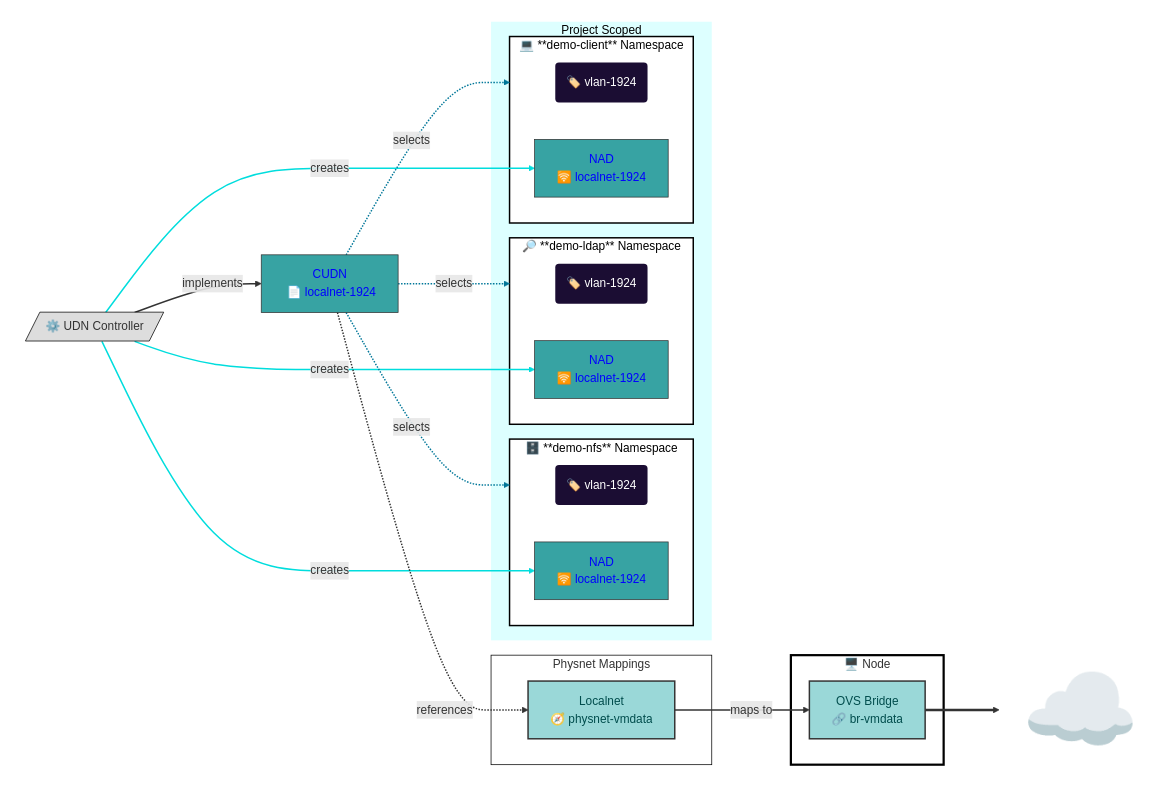
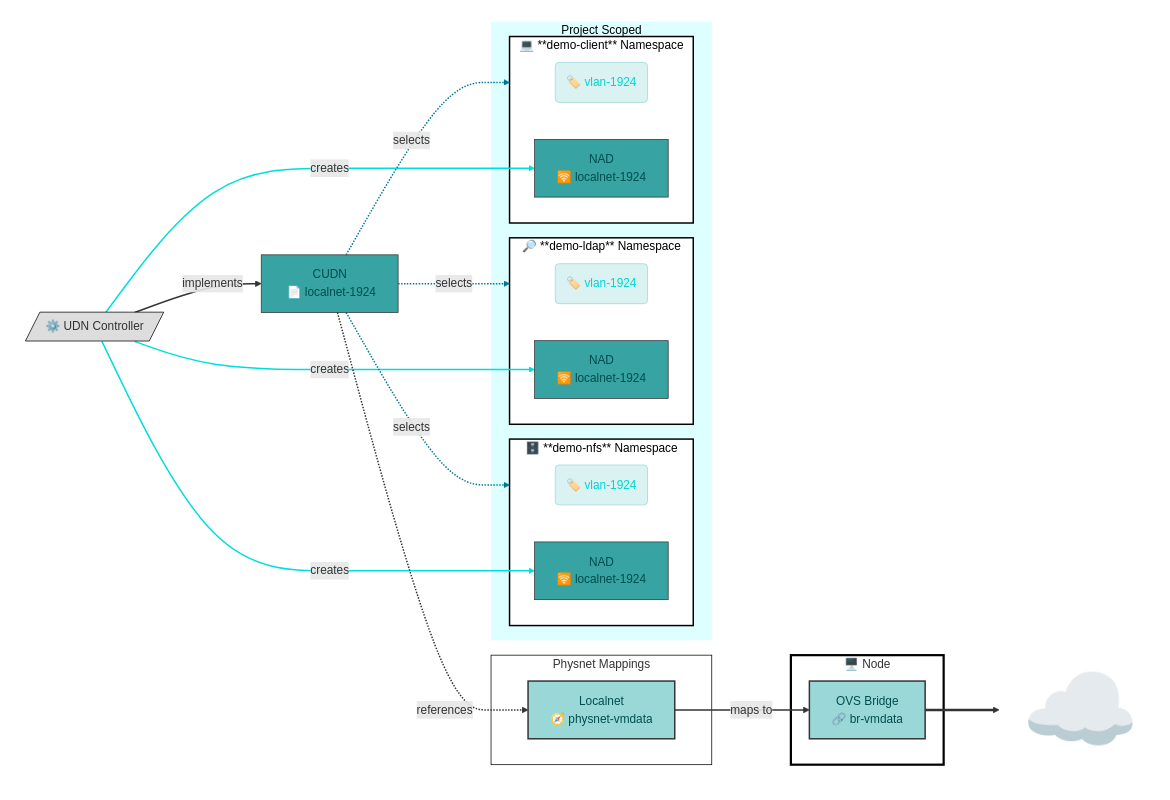
The fifth of 7 diagrams in README.md (dlbewley/demo-rhone-26), drawn with Mermaid before and after one commit. The commit also changed other lines of this file, not shown here.

Commit message:
label test

````diff
--- a/README.md
+++ b/README.md
@@ -229,75 +229,73 @@
 ```mermaid
 graph LR;
     subgraph Cluster[" "]
       udn-localnet-1924["CUDN<br>️ 📄 localnet-1924"]:::udn-localnet-1924
       udn-controller[/"⚙️ UDN Controller"/]
 
       subgraph Localnets["Physnet Mappings"]
         physnet-vmdata[Localnet<br> 🧭 physnet-vmdata]:::nad-1924;
       end
 
       subgraph Project["Project Scoped"]
         subgraph ns-nfs["🗄️ **demo-nfs** Namespace"]
           label-nfs("🏷️ vlan-1924"):::labels;
           nad-1924-nfs[NAD<br> 🛜 localnet-1924];
         end
 
         subgraph ns-ldap["🔎 **demo-ldap** Namespace"]
           label-ldap("🏷️ vlan-1924"):::labels;
           nad-1924-ldap[NAD<br> 🛜 localnet-1924]:::nad-1924;
         end
 
         subgraph ns-client["💻 **demo-client** Namespace"]
           label-client("🏷️ vlan-1924"):::labels;
           nad-1924-client[NAD<br> 🛜 localnet-1924]:::nad-1924;
         end
       end
       subgraph node1["🖥️ Node "]
         br-vmdata[ OVS Bridge<br> 🔗 br-vmdata]:::vlan-1924;
       end
     end
 
     udn-localnet-1924 -. selects .-> ns-client
     udn-localnet-1924 -. selects .-> ns-ldap
     udn-localnet-1924 -. selects .-> ns-nfs
 
     linkStyle 0,1,2 stroke:#007799,stroke-width:2px;
 
     udn-controller --creates--> nad-1924-nfs
     udn-controller --creates--> nad-1924-ldap
     udn-controller --creates--> nad-1924-client
 
     linkStyle 3,4,5 stroke:#00dddd,stroke-width:2px;
 
     udn-controller == implements ==> udn-localnet-1924
     udn-localnet-1924 -. references .-> physnet-vmdata
     physnet-vmdata -- maps to --> br-vmdata
 
     linkStyle 6,7,8 stroke-width:2px;
 
     Internet["☁️ "]:::Internet
     br-vmdata ==> Internet
 
-    classDef node-eth fill:#00dddd,color:#00f,stroke:#333,stroke-width:2px;
-
     classDef bond1 fill:#9ad8d8,color:#004d4d,stroke:#333,stroke-width:2px
     class br-vmdata,physnet-vmdata bond1
 
-    classDef labels stroke-width:0px,color:#fff,fill:#1B0D33;
+    classDef labels stroke-width:1px,stroke:#9ad8d8,color:#00d4d4,fill:#daf2f2;
     classDef networks fill:#cdd,stroke-width:0px;
 
     style udn-controller fill:#ddd,stroke:#000,stroke-width:1px;
     style node1 fill:#fff,stroke:#000,stroke-width:3px;
     style Localnets fill:#fff,stroke:#000,stroke-width:1px;
     style Cluster color:#000,fill:#fff,stroke:#333,stroke-width:0px;
     style Project color:#000,fill:#dff,stroke:#333,stroke-width:0px
     style Internet fill:none,stroke-width:0px,font-size:+2em;
 
     classDef nodes stroke-width:3px;
     class node1,node2,node3 nodes;
     classDef namespace color:#000,fill:#fff,stroke:#000,stroke-width:2px;
     class ns-nfs,ns-client,ns-ldap namespace;
 
-    classDef nad-1924 fill:#37a3a3,color:#00f,stroke:#333,stroke-width:1px;
+    classDef nad-1924 fill:#37a3a3,color:#004d4d,stroke:#333,stroke-width:1px;
     class nad-1924-client,nad-1924-ldap,nad-1924-nfs,udn-localnet-1924 nad-1924;
 ```
````
